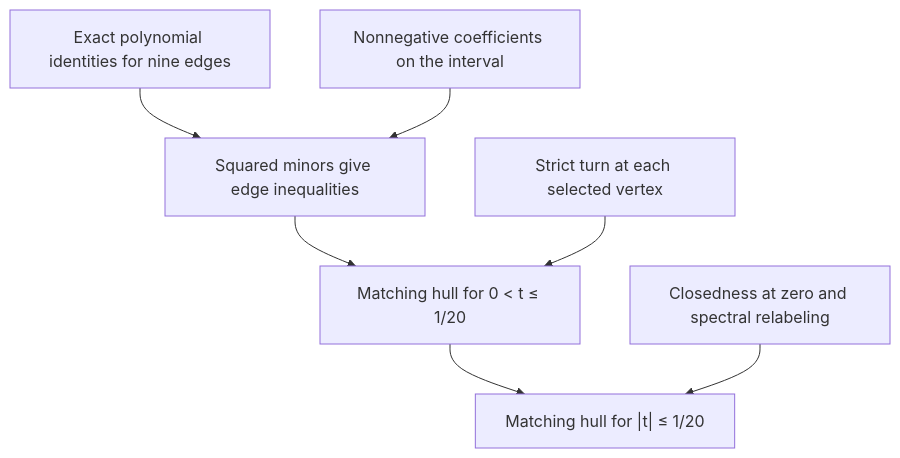
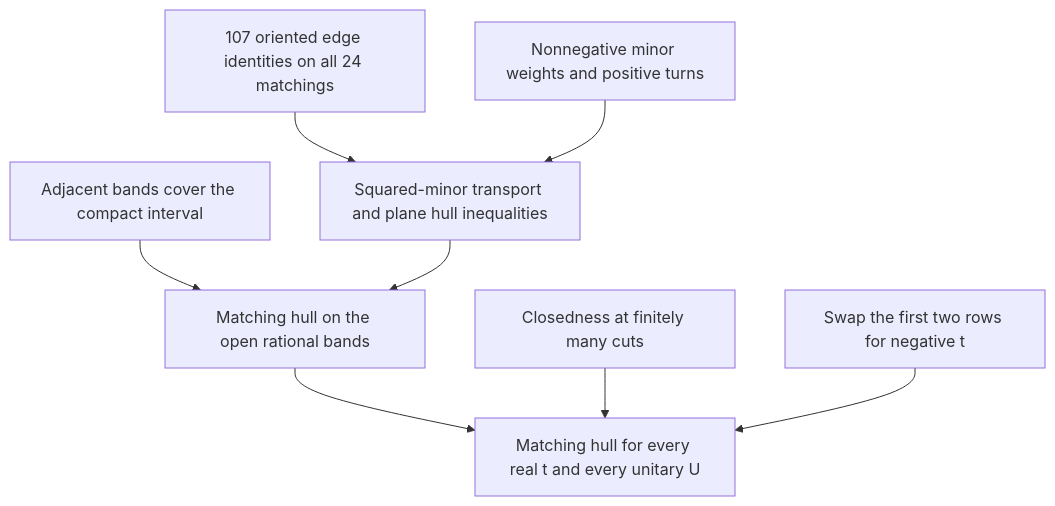
One commit to ascendnoosphere/MOC changed the diagram in Docs/Proofs/order-four-real-parameter-map.md. Above: the diagram before and after it, drawn with Mermaid. The commit also changed other lines of this file and 4 other files, not shown here.

````diff
--- a/Docs/Proofs/order-four-real-parameter-map.md
+++ b/Docs/Proofs/order-four-real-parameter-map.md
@@ -11,16 +11,18 @@
 ```mermaid
 flowchart TD
-    A["Exact polynomial identities for nine edges"]
-    B["Nonnegative coefficients on the interval"]
-    C["Squared minors give edge inequalities"]
-    D["Strict turn at each selected vertex"]
-    E["Matching hull for 0 < t ≤ 1/20"]
-    F["Closedness at zero and spectral relabeling"]
-    G["Matching hull for |t| ≤ 1/20"]
-    A --> C
-    B --> C
-    C --> E
-    D --> E
-    E --> G
-    F --> G
+    G["Matching hull for every real t and every unitary U"]
+    P["Matching hull on the open rational bands"]
+    C["Closedness at finitely many cuts"]
+    S["Swap the first two rows for negative t"]
+    B["Adjacent bands cover the compact interval"]
+    F["107 oriented edge identities on all 24 matchings"]
+    W["Nonnegative minor weights and positive turns"]
+    T["Squared-minor transport and plane hull inequalities"]
+    B --> P
+    F --> T
+    W --> T
+    T --> P
+    P --> G
+    C --> G
+    S --> G
 ```
````
